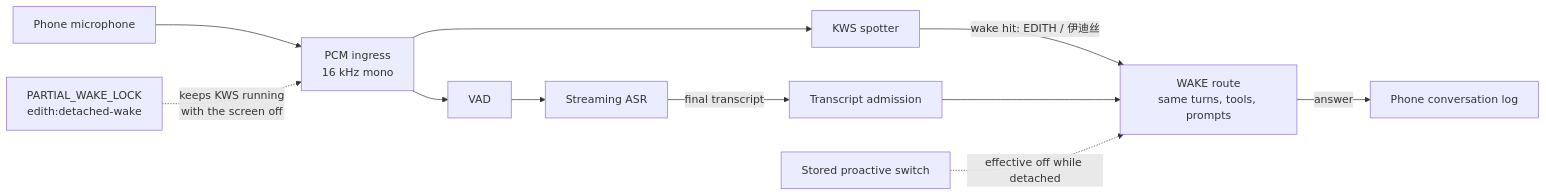
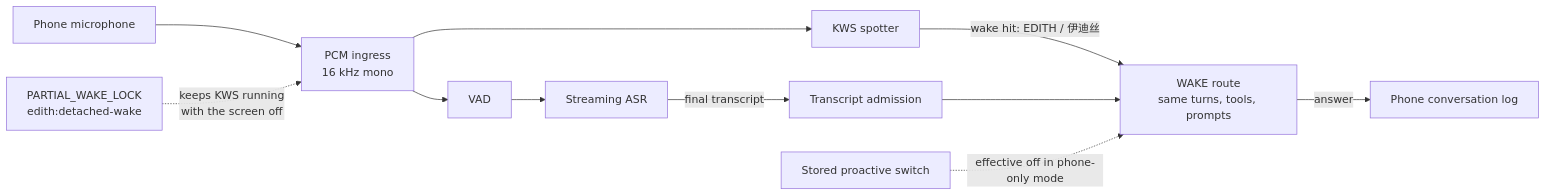
One commit to EdouardRichard/EDITH changed the third of 3 diagrams in README.md. Above: the diagram before and after it, drawn with Mermaid. The commit also changed other lines of this file and 14 other files, not shown here.

````diff
--- a/README.md
+++ b/README.md
@@ -209,11 +216,11 @@
 ```mermaid
 flowchart LR
     MIC["Phone microphone"] --> ING["PCM ingress<br/>16 kHz mono"]
     ING --> KWS["KWS spotter"]
     ING --> VAD["VAD"] --> ASR["Streaming ASR"]
     KWS -- "wake hit: EDITH / 伊迪丝" --> CYCLE["WAKE route<br/>same turns, tools, prompts"]
     ASR -- "final transcript" --> ADMIT["Transcript admission"] --> CYCLE
     CYCLE -- "answer" --> LOG["Phone conversation log"]
     LOCK["PARTIAL_WAKE_LOCK<br/>edith:detached-wake"] -. "keeps KWS running<br/>with the screen off" .-> ING
-    STORED["Stored proactive switch"] -. "effective off while detached" .-> CYCLE
+    STORED["Stored proactive switch"] -. "effective off in phone-only mode" .-> CYCLE
 ```
````
